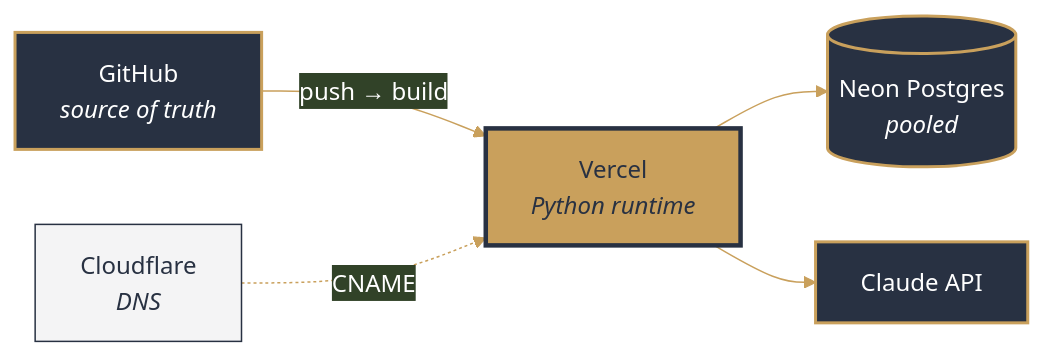
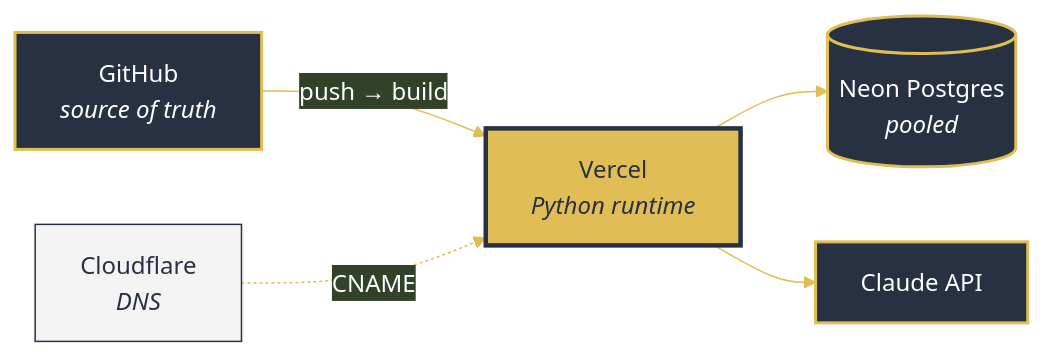
The third of 3 diagrams in README.md (SpeakPower-commits/claude-central-agent), drawn with Mermaid before and after one commit. The commit also changed other lines of this file and 1 other file, not shown here.

````diff
--- a/README.md
+++ b/README.md
@@ -285,14 +292,14 @@
 ```mermaid
-%%{init: {'theme':'base','themeVariables':{'primaryColor':'#283142','primaryTextColor':'#ffffff','primaryBorderColor':'#C9A05C','lineColor':'#C9A05C','fontFamily':'ui-sans-serif, system-ui, sans-serif'}}}%%
+%%{init: {'theme':'base','themeVariables':{'primaryColor':'#283142','primaryTextColor':'#ffffff','primaryBorderColor':'#E0BE55','lineColor':'#E0BE55','fontFamily':'ui-sans-serif, system-ui, sans-serif'}}}%%
 flowchart LR
     GH["GitHub<br/><i>source of truth</i>"] -->|"push → build"| V["Vercel<br/><i>Python runtime</i>"]
     CF["Cloudflare<br/><i>DNS</i>"] -.->|"CNAME"| V
     V --> NEON[("Neon Postgres<br/><i>pooled</i>")]
-    V --> OAI["Claude API"]
+    V --> CLAUDE["Claude API"]
 
-    style GH fill:#283142,color:#fff,stroke:#C9A05C,stroke-width:2px
-    style V fill:#C9A05C,color:#283142,stroke:#283142,stroke-width:3px
+    style GH fill:#283142,color:#fff,stroke:#E0BE55,stroke-width:2px
+    style V fill:#E0BE55,color:#283142,stroke:#283142,stroke-width:3px
     style CF fill:#f4f4f5,color:#283142,stroke:#283142
-    style NEON fill:#283142,color:#fff,stroke:#C9A05C,stroke-width:2px
-    style OAI fill:#283142,color:#fff,stroke:#C9A05C,stroke-width:2px
+    style NEON fill:#283142,color:#fff,stroke:#E0BE55,stroke-width:2px
+    style CLAUDE fill:#283142,color:#fff,stroke:#E0BE55,stroke-width:2px
 ```
````
